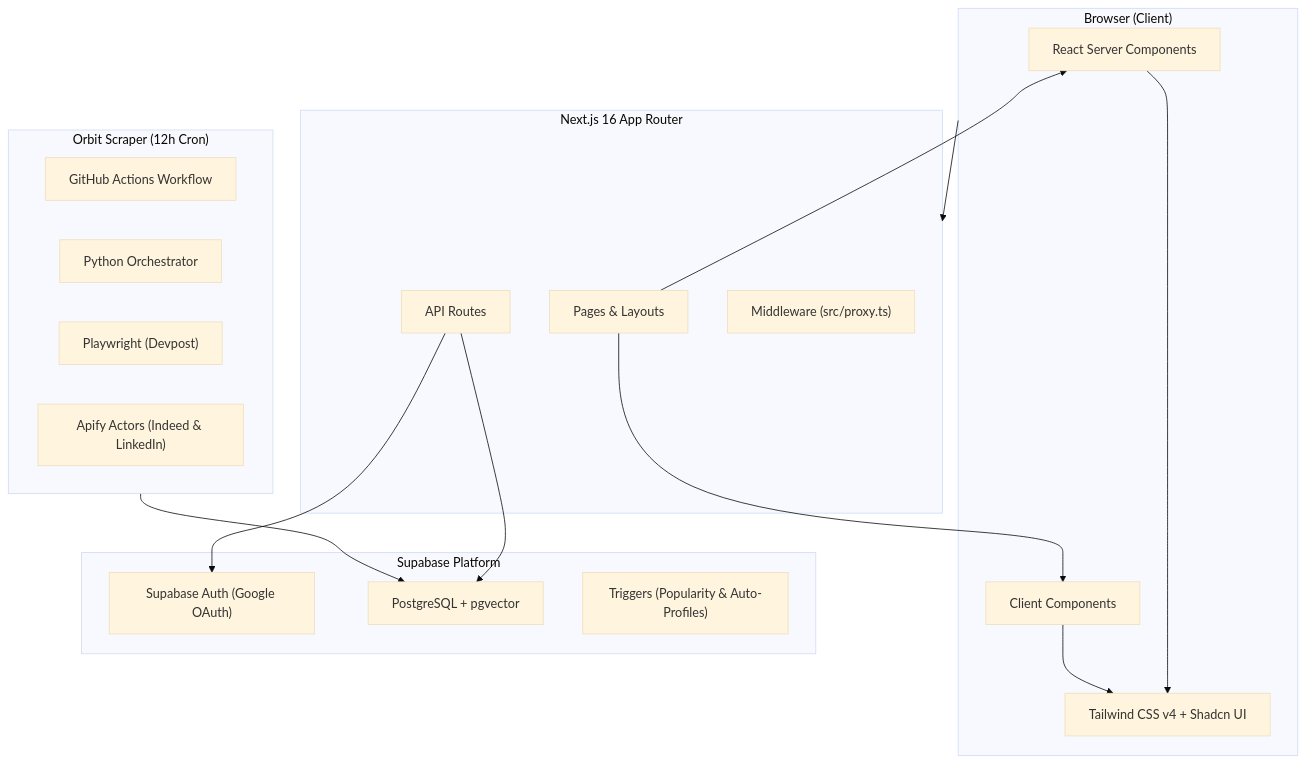
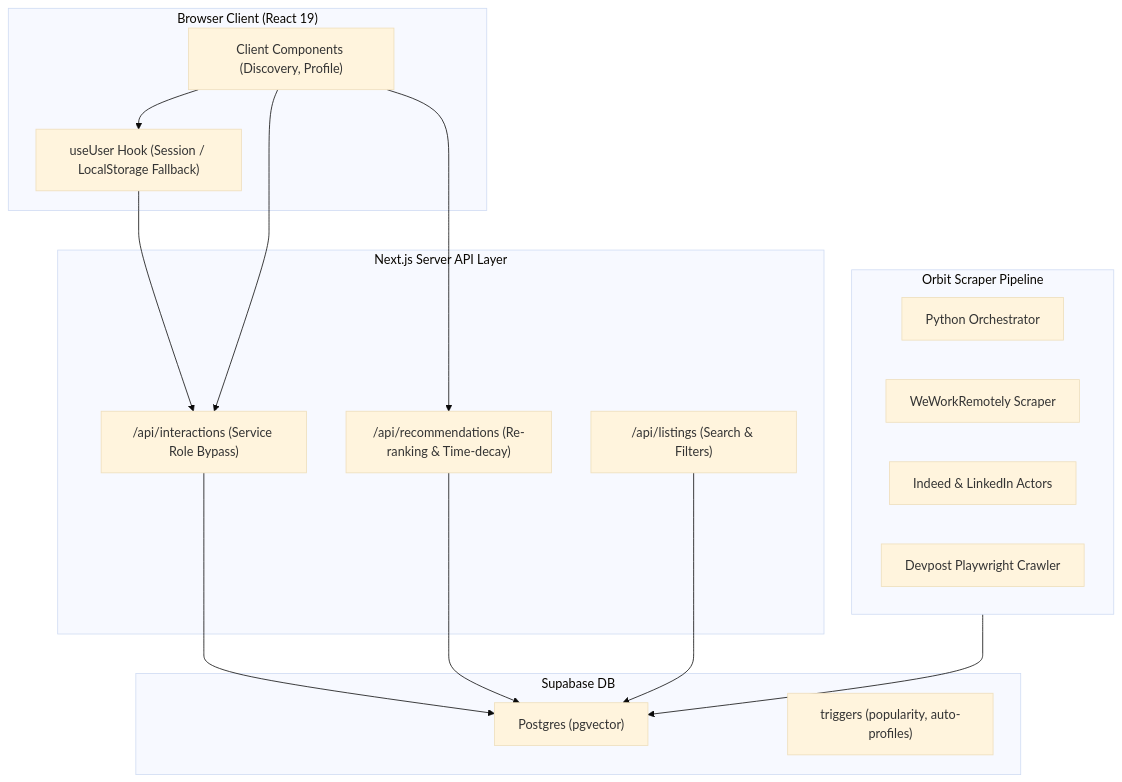
One commit to SmilinJasper/DevDrift changed the diagram in dev_drift_project_state.md. Above: the diagram before and after it, drawn with Mermaid (base theme). The commit also changed other lines of this file, not shown here.

````diff
--- a/dev_drift_project_state.md
+++ b/dev_drift_project_state.md
@@ -49,36 +14,34 @@
 ```mermaid
 graph TB
-    subgraph Client["Browser (Client)"]
-        RSC["React Server Components"]
-        CC["Client Components"]
-        TW["Tailwind CSS v4 + Shadcn UI"]
+    subgraph Client["Browser Client (React 19)"]
+        CC["Client Components (Discovery, Profile)"]
+        useUser["useUser Hook (Session / LocalStorage Fallback)"]
     end
 
-    subgraph NextJS["Next.js 16 App Router"]
-        Pages["Pages & Layouts"]
-        API["API Routes"]
-        MW["Middleware (src/proxy.ts)"]
+    subgraph NextJS["Next.js Server API Layer"]
+        API_Int["/api/interactions (Service Role Bypass)"]
+        API_Rec["/api/recommendations (Re-ranking & Time-decay)"]
+        API_List["/api/listings (Search & Filters)"]
     end
 
-    subgraph Orbit["Orbit Scraper (12h Cron)"]
-        GHA["GitHub Actions Workflow"]
-        PY["Python Orchestrator"]
-        PW["Playwright (Devpost)"]
-        AP["Apify Actors (Indeed & LinkedIn)"]
+    subgraph Supabase["Supabase DB"]
+        DB["Postgres (pgvector)"]
+        Triggers["triggers (popularity, auto-profiles)"]
     end
 
-    subgraph Supabase["Supabase Platform"]
-        Auth["Supabase Auth (Google OAuth)"]
-        DB["PostgreSQL + pgvector"]
-        Triggers["Triggers (Popularity & Auto-Profiles)"]
+    subgraph Orbit["Orbit Scraper Pipeline"]
+        PY["Python Orchestrator"]
+        WWR["WeWorkRemotely Scraper"]
+        Apify["Indeed & LinkedIn Actors"]
+        Playwright["Devpost Playwright Crawler"]
     end
 
-    Client --> NextJS
-    Pages --> RSC
-    Pages --> CC
-    RSC --> TW
-    CC --> TW
-    API --> Auth
-    API --> DB
+    CC --> useUser
+    useUser --> API_Int
+    CC --> API_Int
+    CC --> API_Rec
+    API_Int --> DB
+    API_Rec --> DB
+    API_List --> DB
     Orbit --> DB
 ```
````
